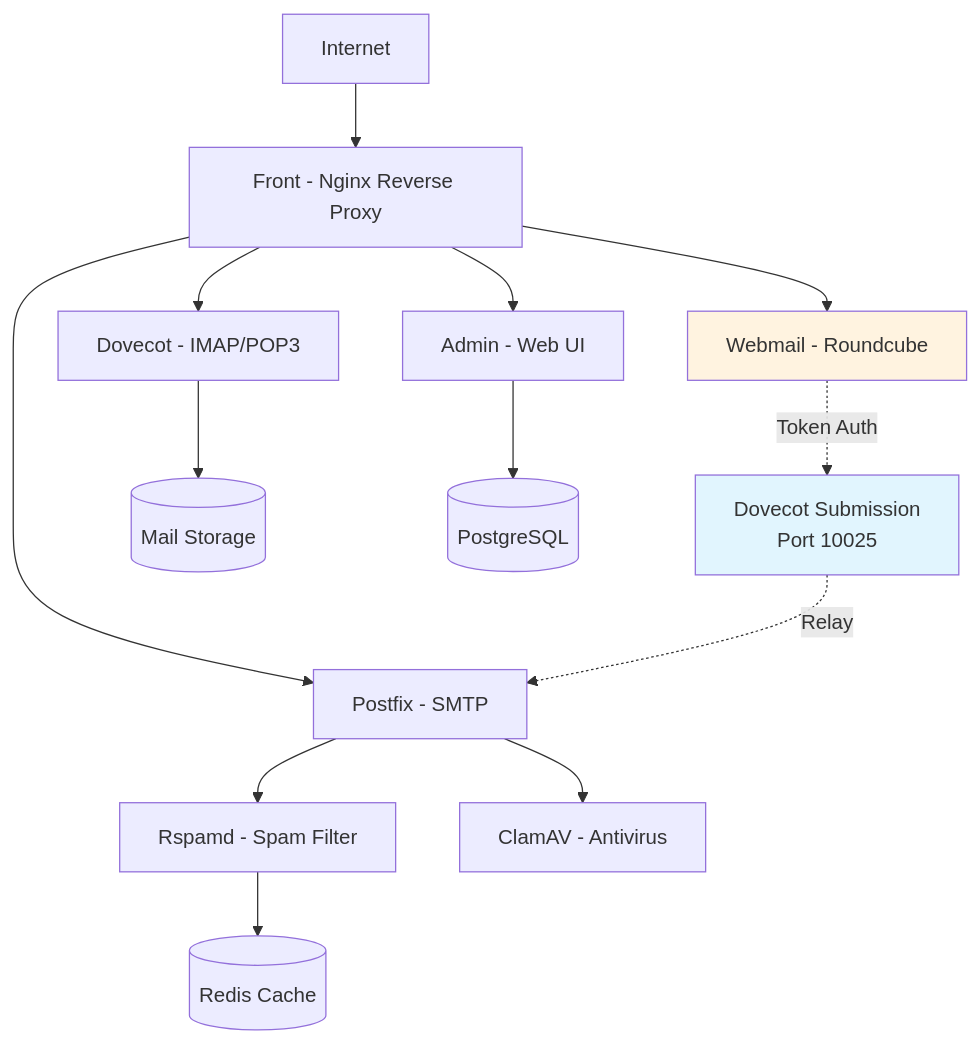
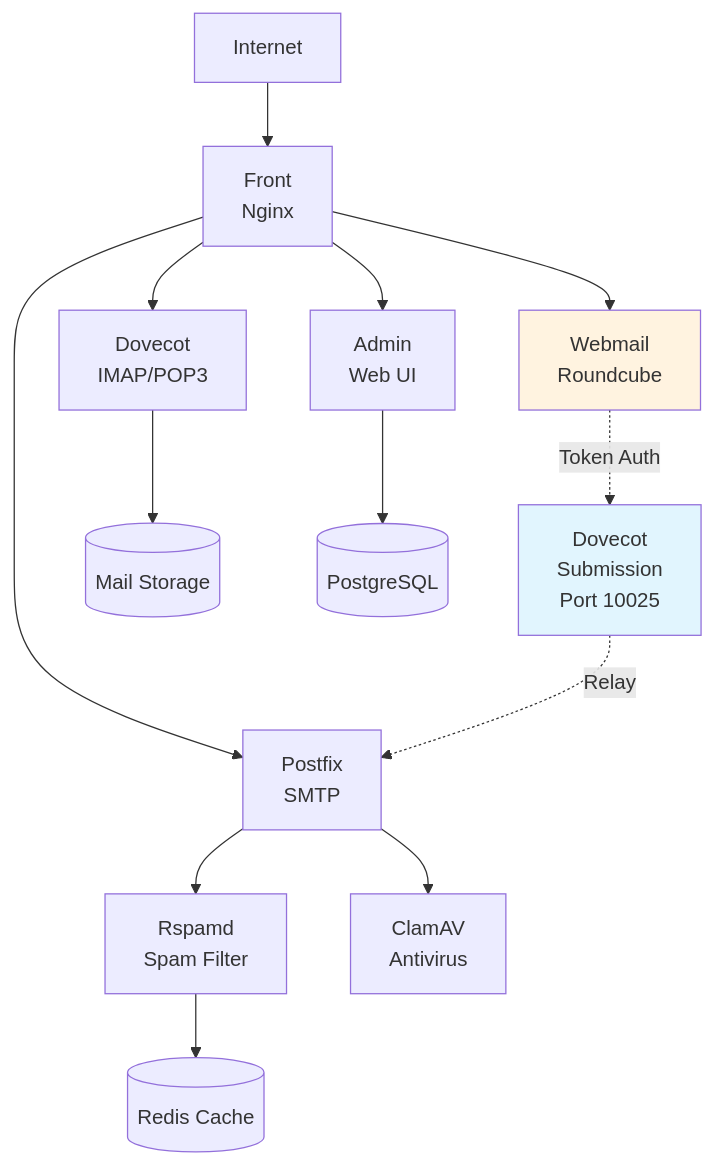
Before and after one commit to bluedynamics/cdk8s-mailu: the diagram in documentation/sources/explanation/architecture.md, drawn with Mermaid.

Commit message:
fix: Use multi-line labels in Mermaid diagram to avoid rendering bug
Split long labels across multiple lines with <br/> to prevent
Mermaid from calculating 0x0 dimensions for foreignObject elements.
This fixes the empty box issue where labels disappear due to
width calculation bugs in certain Mermaid renderers.

````diff
--- a/documentation/sources/explanation/architecture.md
+++ b/documentation/sources/explanation/architecture.md
@@ -13,20 +13,20 @@
 ```mermaid
 graph TB
-    Internet[Internet] --> Front[Front - Nginx Reverse Proxy]
-    Front --> Postfix[Postfix - SMTP]
-    Front --> Dovecot[Dovecot - IMAP/POP3]
-    Front --> Admin[Admin - Web UI]
-    Front --> Webmail[Webmail - Roundcube]
+    Internet[Internet] --> Front[Front<br/>Nginx]
+    Front --> Postfix[Postfix<br/>SMTP]
+    Front --> Dovecot[Dovecot<br/>IMAP/POP3]
+    Front --> Admin[Admin<br/>Web UI]
+    Front --> Webmail[Webmail<br/>Roundcube]
 
-    Webmail -.Token Auth.-> DovecotSub[Dovecot Submission<br/>Port 10025]
+    Webmail -.Token Auth.-> DovecotSub[Dovecot<br/>Submission<br/>Port 10025]
     DovecotSub -.Relay.-> Postfix
 
-    Postfix --> Rspamd[Rspamd - Spam Filter]
-    Postfix --> ClamAV[ClamAV - Antivirus]
+    Postfix --> Rspamd[Rspamd<br/>Spam Filter]
+    Postfix --> ClamAV[ClamAV<br/>Antivirus]
     Dovecot --> Data[(Mail Storage)]
     Admin --> Database[(PostgreSQL)]
     Rspamd --> Redis[(Redis Cache)]
 
     style DovecotSub fill:#e1f5fe
     style Webmail fill:#fff3e0
 ```
````
